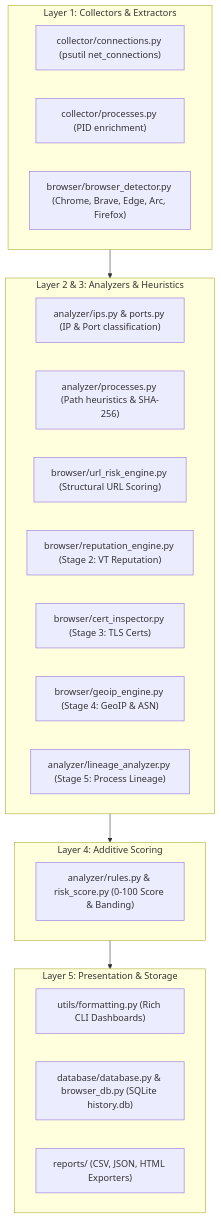
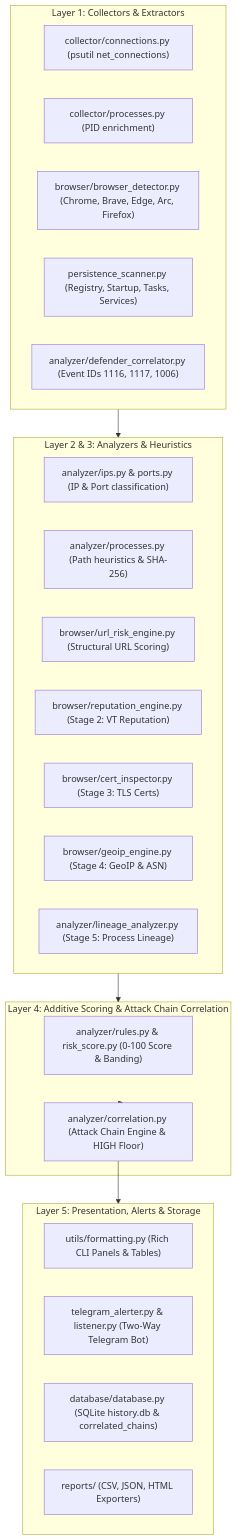
One commit to Subhadip-Paul2006/Connection-Detection changed the second of 2 diagrams in README.md. Above: the diagram before and after it, drawn with Mermaid. The commit also changed other lines of this file, not shown here.

Commit message:
docs(readme): update README.md for 7-Stage Engine, Attack Chains & Telegram Remote Control

````diff
--- a/README.md
+++ b/README.md
@@ -58,32 +68,37 @@
 ```mermaid
 graph TB
     subgraph Collectors["Layer 1: Collectors & Extractors"]
         C1["collector/connections.py (psutil net_connections)"]
         C2["collector/processes.py (PID enrichment)"]
         C3["browser/browser_detector.py (Chrome, Brave, Edge, Arc, Firefox)"]
+        C4["persistence_scanner.py (Registry, Startup, Tasks, Services)"]
+        C5["analyzer/defender_correlator.py (Event IDs 1116, 1117, 1006)"]
     end
 
     subgraph Analyzers["Layer 2 & 3: Analyzers & Heuristics"]
         A1["analyzer/ips.py & ports.py (IP & Port classification)"]
         A2["analyzer/processes.py (Path heuristics & SHA-256)"]
         A3["browser/url_risk_engine.py (Structural URL Scoring)"]
         A4["browser/reputation_engine.py (Stage 2: VT Reputation)"]
         A5["browser/cert_inspector.py (Stage 3: TLS Certs)"]
         A6["browser/geoip_engine.py (Stage 4: GeoIP & ASN)"]
         A7["analyzer/lineage_analyzer.py (Stage 5: Process Lineage)"]
     end
 
-    subgraph Engine["Layer 4: Additive Scoring"]
+    subgraph Engine["Layer 4: Additive Scoring & Attack Chain Correlation"]
         R["analyzer/rules.py & risk_score.py (0-100 Score & Banding)"]
+        CORR["analyzer/correlation.py (Attack Chain Engine & HIGH Floor)"]
     end
 
-    subgraph StorageSinks["Layer 5: Presentation & Storage"]
-        P1["utils/formatting.py (Rich CLI Dashboards)"]
-        P2["database/database.py & browser_db.py (SQLite history.db)"]
-        P3["reports/ (CSV, JSON, HTML Exporters)"]
+    subgraph Presentation["Layer 5: Presentation, Alerts & Storage"]
+        P1["utils/formatting.py (Rich CLI Panels & Tables)"]
+        P2["telegram_alerter.py & listener.py (Two-Way Telegram Bot)"]
+        P3["database/database.py (SQLite history.db & correlated_chains)"]
+        P4["reports/ (CSV, JSON, HTML Exporters)"]
     end
 
     Collectors --> Analyzers
     Analyzers --> Engine
-    Engine --> StorageSinks
+    Engine --> CORR
+    CORR --> Presentation
 ```
````
